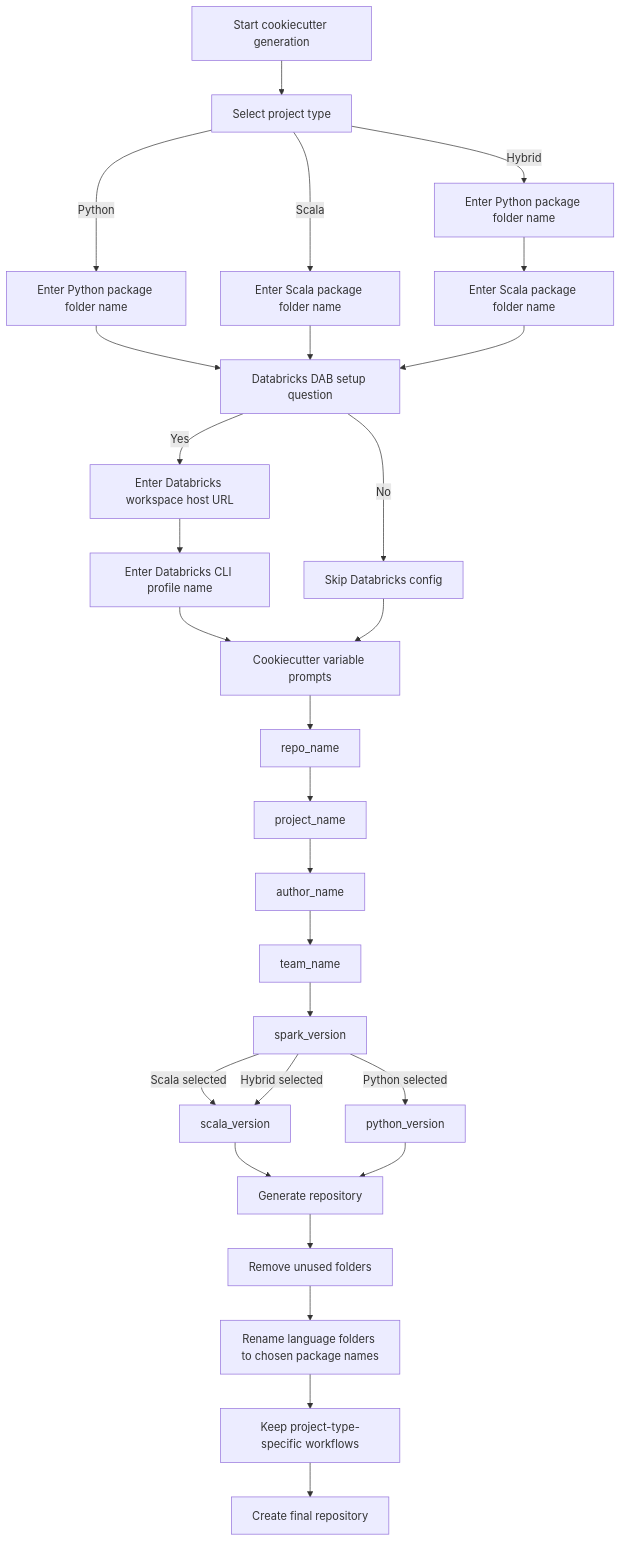
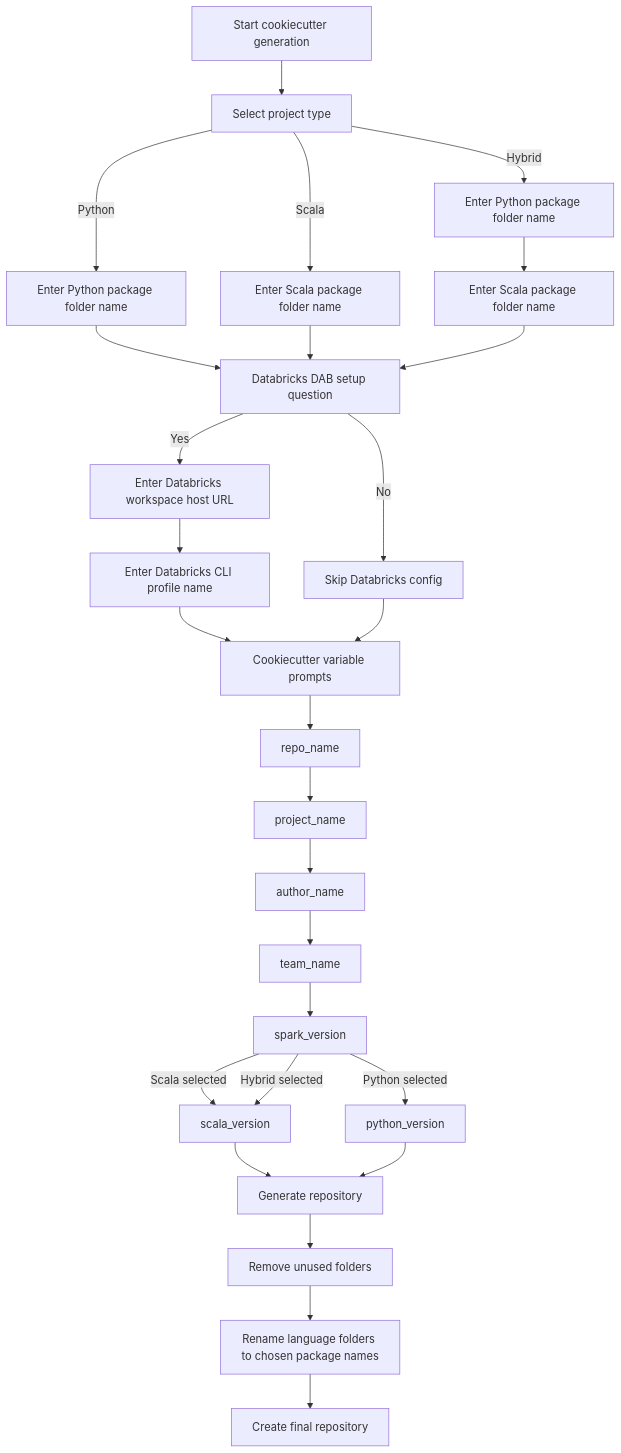
The diagram in README.md (SreeramaYeshwanthGowd/dqx-sample-profiling), drawn with Mermaid before and after one commit. The commit also changed other lines of this file, not shown here.

````diff
--- a/README.md
+++ b/README.md
@@ -125,37 +31,36 @@
 ```mermaid
 flowchart TD
-    A[Start cookiecutter generation] --> B[Select project type]
-    B -->|Python| C[Enter Python package folder name]
-    B -->|Scala| D[Enter Scala package folder name]
-    B -->|Hybrid| E[Enter Python package folder name]
-    E --> F[Enter Scala package folder name]
+  A[Start cookiecutter generation] --> B[Select project type]
+  B -->|Python| C[Enter Python package folder name]
+  B -->|Scala| D[Enter Scala package folder name]
+  B -->|Hybrid| E[Enter Python package folder name]
+  E --> F[Enter Scala package folder name]
 
-    C --> G[Databricks DAB setup question]
-    D --> G
-    F --> G
+  C --> G[Databricks DAB setup question]
+  D --> G
+  F --> G
 
-    G -->|Yes| H[Enter Databricks workspace host URL]
-    H --> I[Enter Databricks CLI profile name]
-    G -->|No| J[Skip Databricks config]
+  G -->|Yes| H[Enter Databricks workspace host URL]
+  H --> I[Enter Databricks CLI profile name]
+  G -->|No| J[Skip Databricks config]
 
-    I --> K[Cookiecutter variable prompts]
-    J --> K
+  I --> K[Cookiecutter variable prompts]
+  J --> K
 
-    K --> L[repo_name]
-    L --> M[project_name]
-    M --> N[author_name]
-    N --> O[team_name]
-    O --> P[spark_version]
+  K --> L[repo_name]
+  L --> M[project_name]
+  M --> N[author_name]
+  N --> O[team_name]
+  O --> P[spark_version]
 
-    P -->|Python selected| Q[python_version]
-    P -->|Scala selected| R[scala_version]
-    P -->|Hybrid selected| R
+  P -->|Python selected| Q[python_version]
+  P -->|Scala selected| R[scala_version]
+  P -->|Hybrid selected| R
 
-    R --> S[Generate repository]
-    Q --> S
+  R --> S[Generate repository]
+  Q --> S
 
-    S --> T[Remove unused folders]
-    T --> U[Rename language folders to chosen package names]
-    U --> V[Keep project-type-specific workflows]
-    V --> W[Create final repository]
+  S --> T[Remove unused folders]
+  T --> U[Rename language folders to chosen package names]
+  U --> V[Create final repository]
 ```
````
